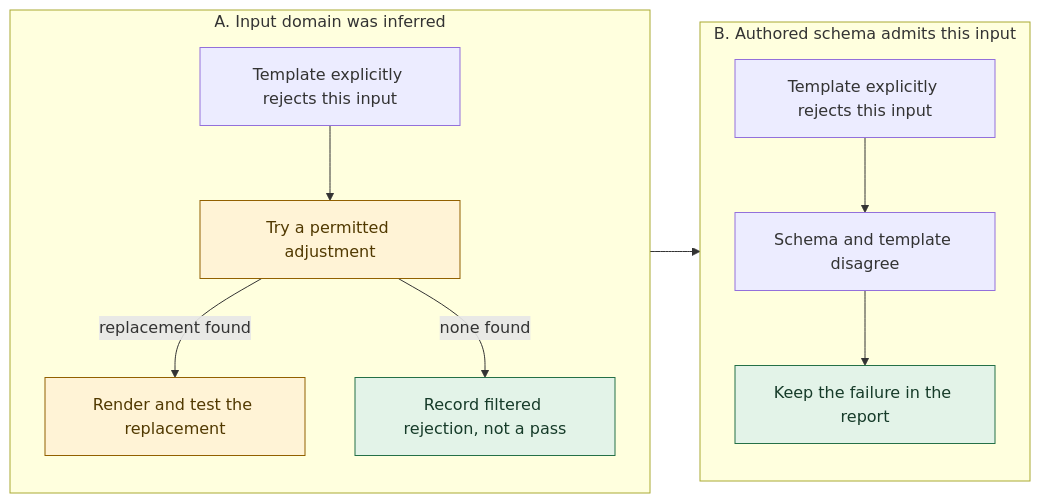
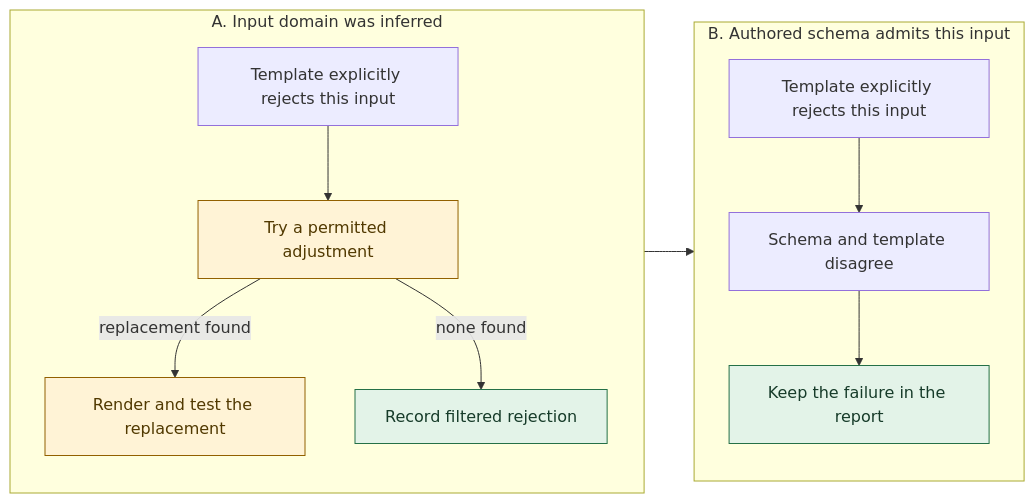
One commit to actions-marketplace-validations/astrivant_hypothesis-helm changed the fifth of 6 diagrams in docs/compiler/decisions.md. Above: the diagram before and after it, drawn with Mermaid. The commit also changed other lines of this file and 22065 other files, not shown here.

````diff
--- a/docs/compiler/decisions.md
+++ b/docs/compiler/decisions.md
@@ -182,19 +183,19 @@
 ```mermaid
 flowchart LR
     subgraph Inferred["A. Input domain was inferred"]
         direction TB
         a1[Template explicitly rejects this input] --> a2[Try a permitted adjustment]
         a2 -->|replacement found| a3[Render and test the replacement]
-        a2 -->|none found| a4[Record filtered rejection, not a pass]
+        a2 -->|none found| a4[Record filtered rejection]
     end
     subgraph Declared["B. Authored schema admits this input"]
         direction TB
         b1[Template explicitly rejects this input] --> b2[Schema and template disagree]
         b2 --> b3[Keep the failure in the report]
     end
     Inferred --> Declared
     classDef check fill:#fff3d6,stroke:#926000,color:#513900
     classDef retained fill:#e3f3e8,stroke:#247047,color:#163b29
     class a2,a3 check
     class a4,b3 retained
 ```
````
